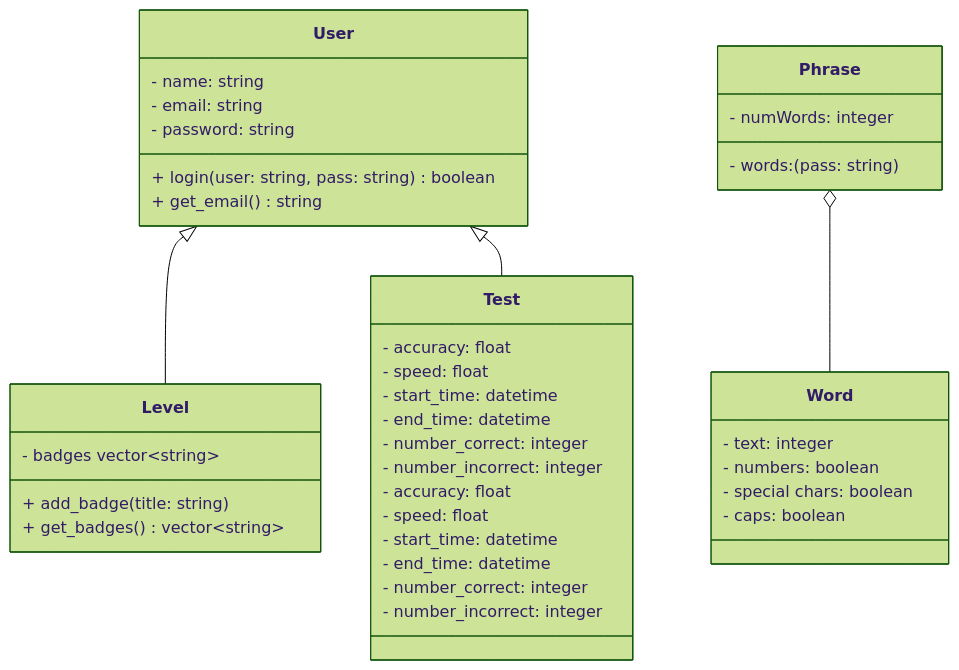
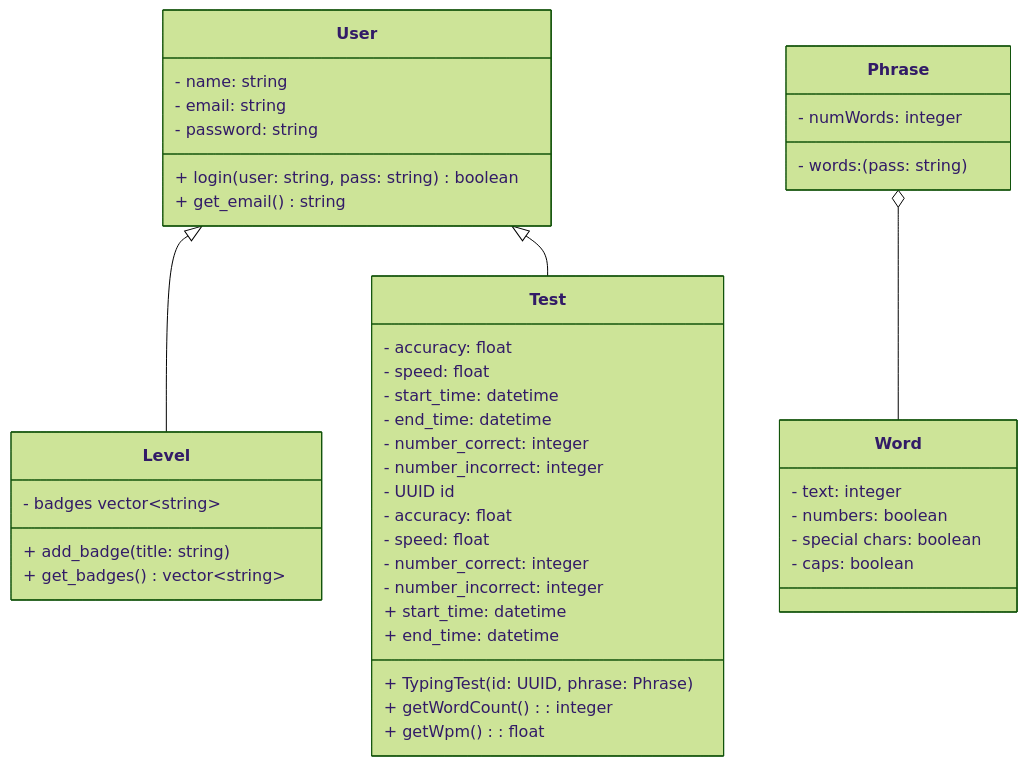
One commit to Ultramas/tippitytappity-design changed the diagram in README.md. Above: the diagram before and after it, drawn with Mermaid (forest theme).

Commit message:
Refactor Test class with new attributes and methods
Added UUID, accuracy, and speed attributes to Test class. Updated constructor and method signatures.

````diff
--- a/README.md
+++ b/README.md
@@ -8,50 +8,54 @@
 ```mermaid
 classDiagram
   User <|-- Level
   User <|-- Test
   class User{
         - name: string
         - email: string
         - password: string
         + login(user: string, pass: string) boolean
         + get_email() string
   }
   class Level{
         - badges vector~string~
         + add_badge(title: string)
         + get_badges() vector~string~
   }
 
   Phrase o-- Word
   class Phrase{
         - words: (pass: string)
         - numWords: integer
   }
   class Word{
         - text: integer
         - numbers: boolean
         - special chars: boolean
         - caps: boolean
   }
 
   class Test{
         - accuracy: float
         - speed: float
         - start_time: datetime
         - end_time: datetime
         - number_correct: integer
         - number_incorrect: integer
   }
   
   class Test{
+        - UUID id
         - accuracy: float
         - speed: float
-        - start_time: datetime
-        - end_time: datetime
         - number_correct: integer
         - number_incorrect: integer
+        + TypingTest(id: UUID, phrase: Phrase)
+        + start_time: datetime
+        + end_time: datetime
+        + getWordCount(): integer
+        + getWpm(): float
   }
 
   
 
 ```
````
